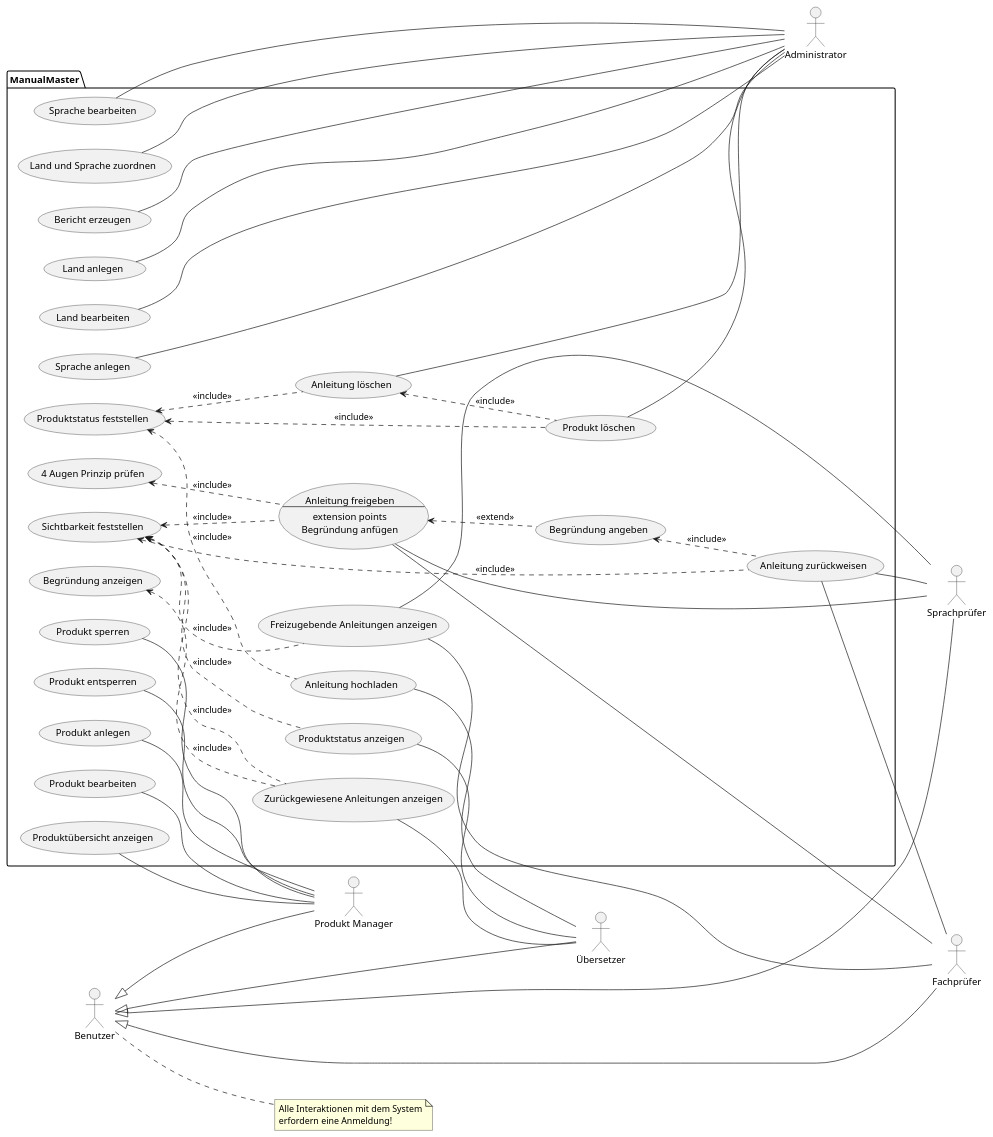
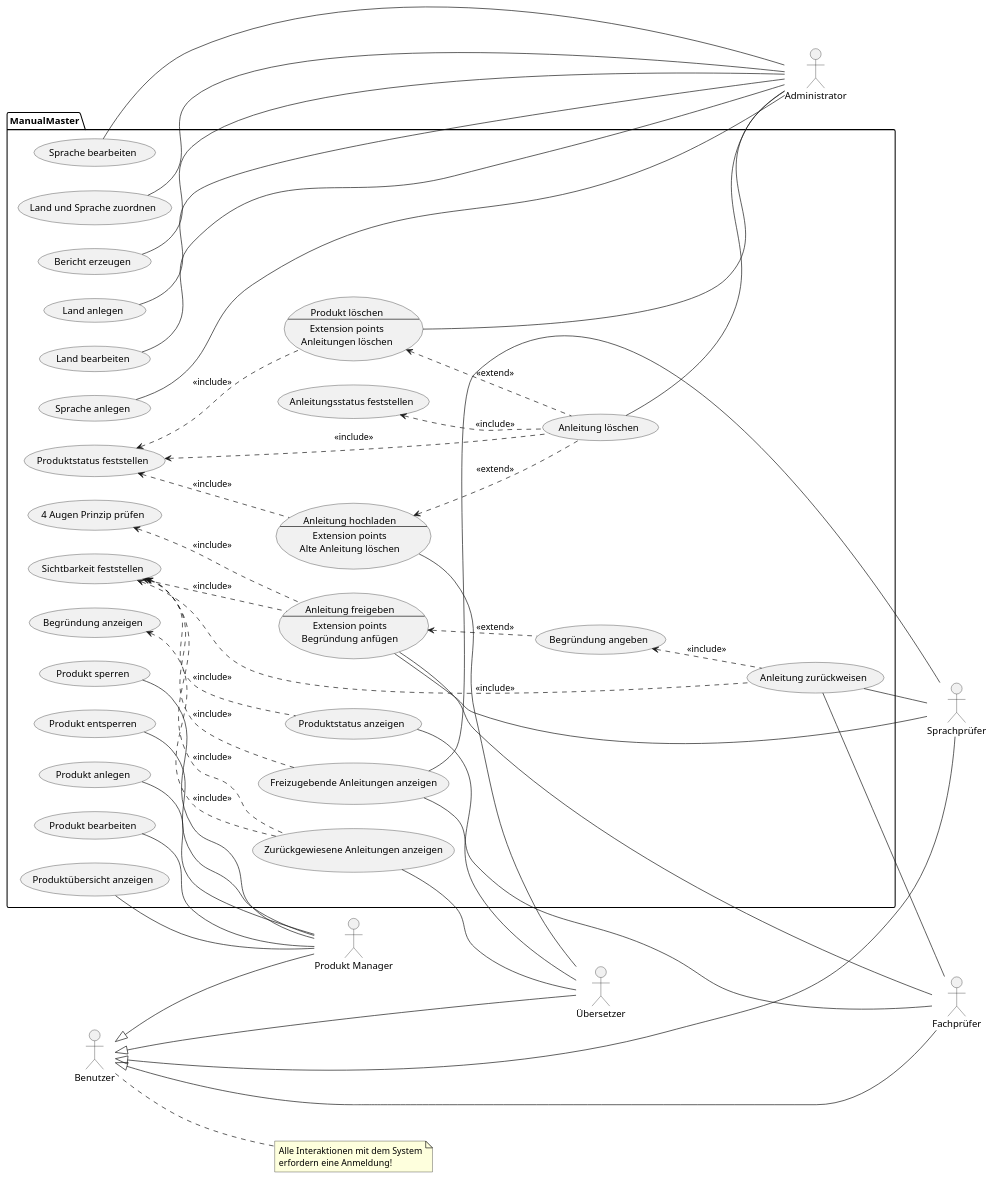
Before and after one commit to SgtMate/ManualMaster_UML: the diagram in Use-Case-Modell.pu, drawn with PlantUML. The commit also changed 1 other file, not shown here.

Commit message:
Alle Use-Cases vom Administrator beschrieben und im Use-Case-Modell Artikel löschen als extend, statt include eingebunden.

```diff
--- a/Use-Case-Modell.pu
+++ b/Use-Case-Modell.pu
@@ -1,100 +1,110 @@
 @startuml Aufgabe_3a
 'Akteure
 actor :Produkt Manager: as PM
 actor :Übersetzer: as UE
 actor :Sprachprüfer: as SP
 actor :Fachprüfer: as FP
 actor :Benutzer: as B
 note "Alle Interaktionen mit dem System\nerfordern eine Anmeldung!" as Note1
 B .. Note1
 actor :Administrator: as A
 
 B <|-- PM
 B <|-- UE
 B <|-- SP
 B <|-- FP
 
+'TODO: Begrüdungen für Extends anfügen!!!
 package ManualMaster {
 'Use Cases
 usecase "Produkt anlegen" as PA
 usecase "Produkt bearbeiten" as PB
-usecase "Produkt löschen" as PL
+usecase PL as "Produkt löschen
+--
+Extension points
+Anleitungen löschen"
 usecase "Land anlegen" as LA
 usecase "Land bearbeiten" as LB
 usecase "Sprache anlegen" as SA
 usecase "Sprache bearbeiten" as SB
 usecase "Land und Sprache zuordnen" as LS
-usecase "Anleitung hochladen" as AH
+usecase AH as "Anleitung hochladen
+--
+Extension points
+Alte Anleitung löschen"
 usecase "Anleitung löschen" as AL
-AL <.. PL : <<include>>
+PL <.. AL : <<extend>>
+AH <.. AL : <<extend>>
 usecase "Freizugebende Anleitungen anzeigen" as AA
 usecase AF as "Anleitung freigeben
 --
-extension points
+Extension points
 Begründung anfügen"
 usecase "Anleitung zurückweisen" as AR
 usecase "Produktstatus anzeigen" as PS
 usecase "Zurückgewiesene Anleitungen anzeigen" as ZA
 usecase "Produktübersicht anzeigen" as PU
 usecase "Produkt sperren" as SP2
 usecase "Produkt entsperren" as EP
 usecase "Bericht erzeugen" as BE
 left to right direction
 'Include und Extend
 usecase "Sichtbarkeit feststellen" as SF
 SF <.. AA : <<include>>
 SF <.. AF : <<include>>
 SF <.. AR : <<include>>
 SF <.. PS : <<include>>
 SF <.. ZA : <<include>>
 usecase "4 Augen Prinzip prüfen" as 4AP
 4AP <.. AF : <<include>>
 usecase "Begründung angeben" as BA
 BA <.. AR : <<include>>
 AF <.. BA : <<extend>>
 usecase "Begründung anzeigen" as BA2
 BA2 <.. ZA : <<include>>
 usecase "Produktstatus feststellen" as PS2
 PS2 <.. AH : <<include>>
 PS2 <.. AL : <<include>>
 PS2 <.. PL : <<include>>
+usecase "Anleitungsstatus feststellen" as AS
+AS <.. AL : <<include>>
 'Anmelden wird nicht gezeigt, da es zu unübersichtlich wird! (siehe Anmerkung oben)
 'usecase "Anmelden" as AM
 'AM <.. PA : <<include>>
 'AM <.. PB : <<include>>
 'AM <.. AH : <<include>>
 'AM <.. AA : <<include>>
 'AM <.. AF : <<include>>
 'AM <.. AR : <<include>>
 'AM <.. PS : <<include>>
 'AM <.. ZA : <<include>>
 'AM <.. PU : <<include>>
 'AM <.. SP2 : <<include>>
 'AM <.. EP : <<include>>
 
 'Assoziationen
 PA -- PM
 PB -- PM
 LA -- A
 LB -- A
 SA -- A
 SB -- A
 AH -- UE
 AA -- SP
 AA -- FP
 AF -- SP
 AF -- FP
 AR -- SP
 AR -- FP
 PS -- UE
 ZA -- UE
 PU -- PM
 SP2 -- PM
 EP -- PM
 'AM -- B
 BE -- A
 AL -- A
 PL -- A
 LS -- A
 }
 @enduml
```
